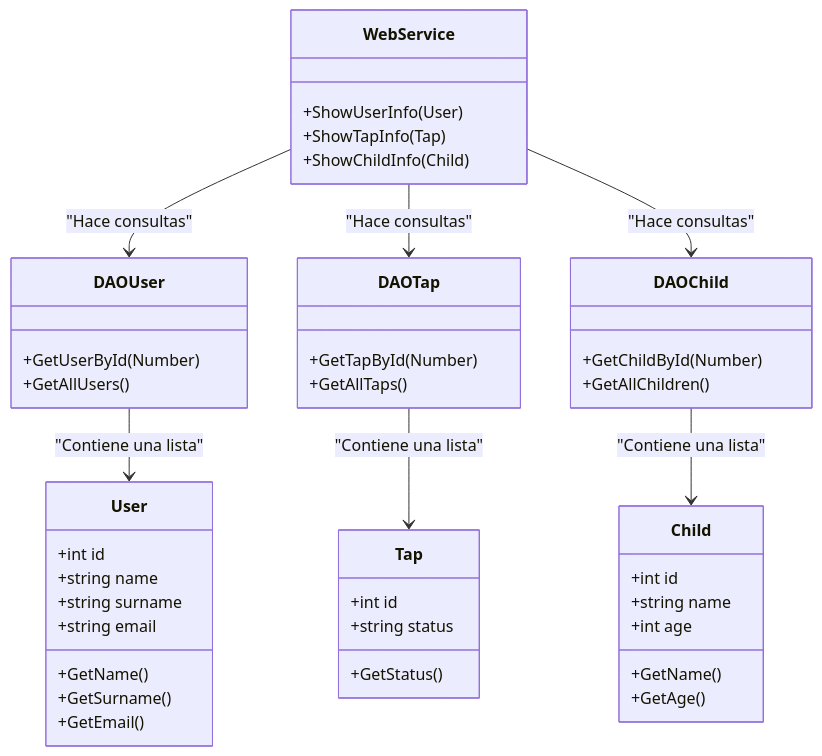
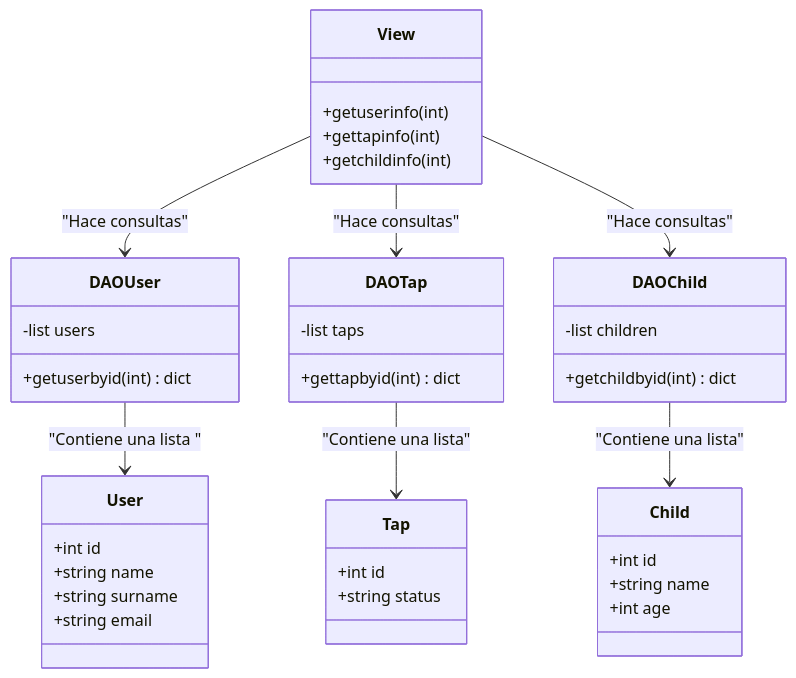
Before and after one commit to Dariella06/TapaTapp: the diagram in prototipo2/frontend.mermaid, drawn with Mermaid. The commit also changed other lines of this file and 1 other file, not shown here.

```diff
--- a/prototipo2/frontend.mermaid
+++ b/prototipo2/frontend.mermaid
@@ -1,52 +1,47 @@
 classDiagram
-    WebService --> DAOUser : "Hace consultas"
-    WebService --> DAOTap : "Hace consultas"
-    WebService --> DAOChild : "Hace consultas"
-    DAOUser --> User : "Contiene una lista"
+    View --> DAOUser : "Hace consultas"
+    View --> DAOTap : "Hace consultas"
+    View --> DAOChild : "Hace consultas"
+    DAOUser --> User : "Contiene una lista "
     DAOTap --> Tap : "Contiene una lista"
     DAOChild --> Child : "Contiene una lista"
 
-    class WebService {
-        +ShowUserInfo(User)
-        +ShowTapInfo(Tap)
-        +ShowChildInfo(Child)
+    
+    class View {
+        +getuserinfo(int)
+        +gettapinfo(int)
+        +getchildinfo(int)
     }
 
     class DAOUser {
-        +GetUserById(Number)
-        +GetAllUsers()
+        -list users
+        +getuserbyid(int) dict
     }
 
     class DAOTap {
-        +GetTapById(Number)
-        +GetAllTaps()
+        -list taps
+        +gettapbyid(int) dict
     }
 
     class DAOChild {
-        +GetChildById(Number)
-        +GetAllChildren()
+        -list children
+        +getchildbyid(int) dict
     }
 
     class User {
         +int id
         +string name
         +string surname
         +string email
-        +GetName()
-        +GetSurname()
-        +GetEmail()
     }
 
     class Tap {
         +int id
         +string status
-        +GetStatus()
     }
 
     class Child {
         +int id
         +string name
         +int age
-        +GetName()
-        +GetAge()
     }
```
